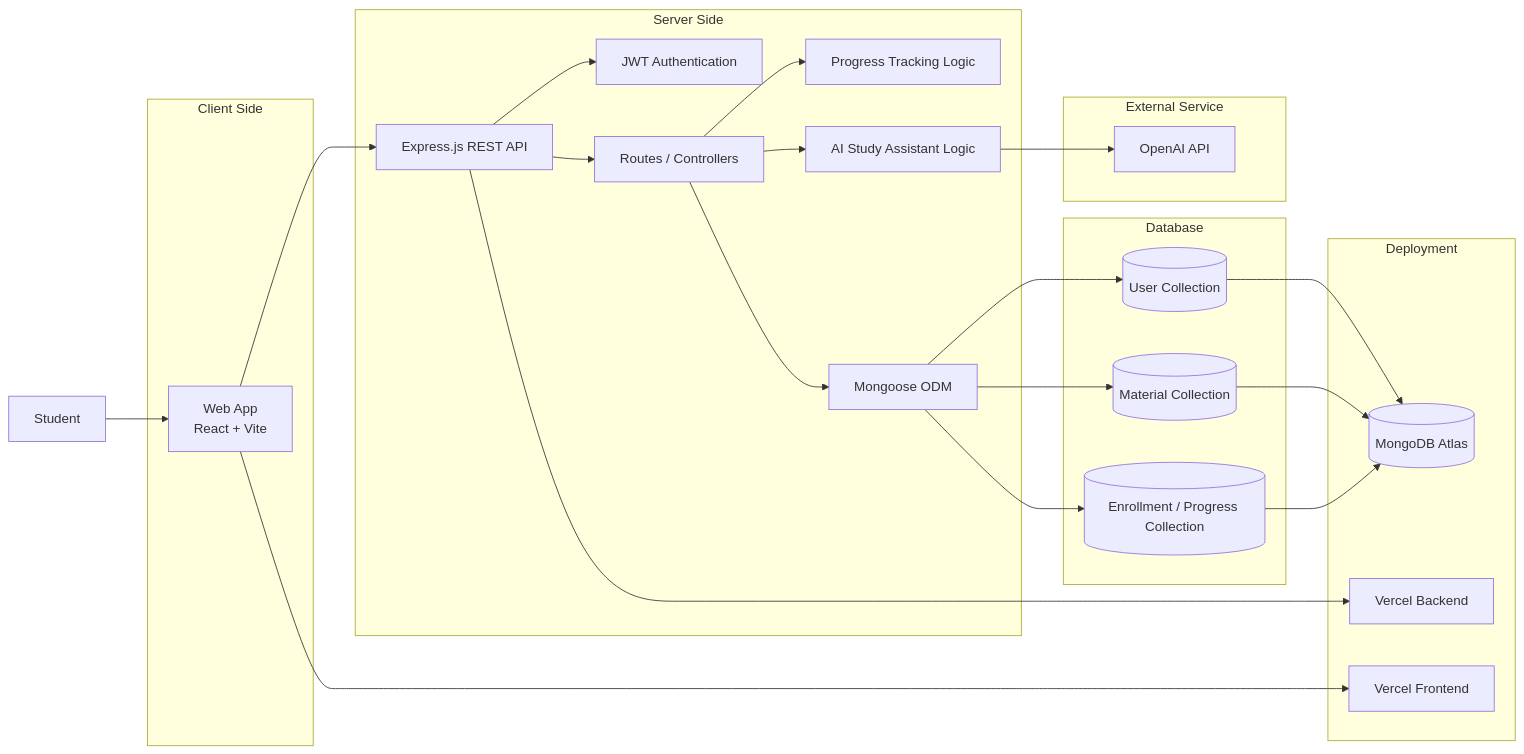
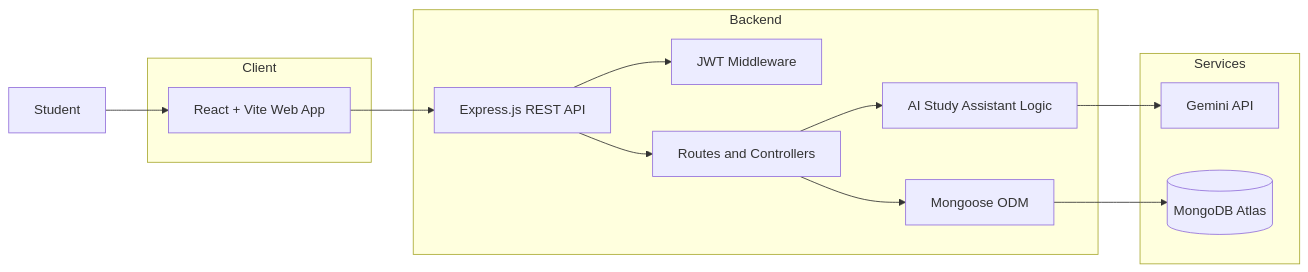
Before and after one commit to theo00000/learning-support-platform: the first of 3 diagrams in readme.md, drawn with Mermaid. The commit also changed other lines of this file, not shown here.

````diff
--- a/readme.md
+++ b/readme.md
@@ -203,50 +123,30 @@
 ```mermaid
 flowchart LR
     U[Student]
 
-    subgraph Client Side
-        W[Web App<br/>React + Vite]
+    subgraph Client
+        WEB[React + Vite Web App]
     end
 
-    subgraph Server Side
+    subgraph Backend
         API[Express.js REST API]
-        AUTH[JWT Authentication]
-        ROUTES[Routes / Controllers]
+        AUTH[JWT Middleware]
+        CTRL[Routes and Controllers]
         AI[AI Study Assistant Logic]
-        PROGRESS[Progress Tracking Logic]
         DBLAYER[Mongoose ODM]
     end
 
-    subgraph External Service
-        OPENAI[OpenAI API]
+    subgraph Services
+        GEMINI[Gemini API]
+        MONGO[(MongoDB Atlas)]
     end
 
-    subgraph Database
-        USER[(User Collection)]
-        MATERIAL[(Material Collection)]
-        ENROLLMENT[(Enrollment / Progress Collection)]
-    end
-
-    subgraph Deployment
-        VF[Vercel Frontend]
-        VB[Vercel Backend]
-        MDB[(MongoDB Atlas)]
-    end
-
-    U --> W
-    W --> API
+    U --> WEB
+    WEB --> API
     API --> AUTH
-    API --> ROUTES
-    ROUTES --> PROGRESS
-    ROUTES --> AI
-    AI --> OPENAI
-    ROUTES --> DBLAYER
-    DBLAYER --> USER
-    DBLAYER --> MATERIAL
-    DBLAYER --> ENROLLMENT
-    USER --> MDB
-    MATERIAL --> MDB
-    ENROLLMENT --> MDB
-    W --> VF
-    API --> VB
+    API --> CTRL
+    CTRL --> DBLAYER
+    CTRL --> AI
+    AI --> GEMINI
+    DBLAYER --> MONGO
 ```
````
